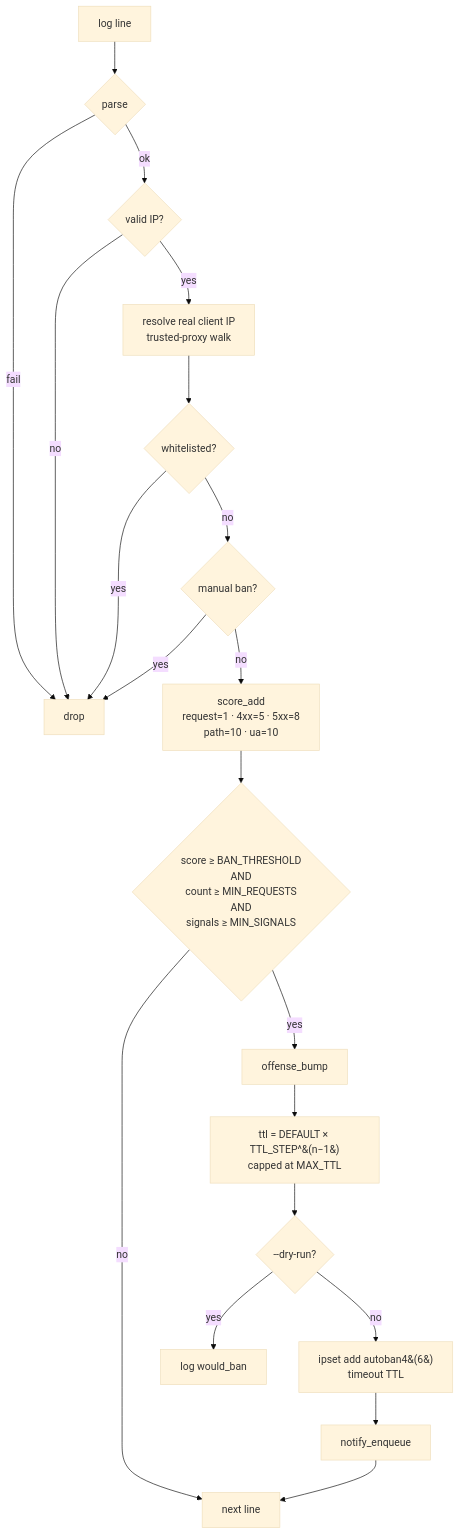
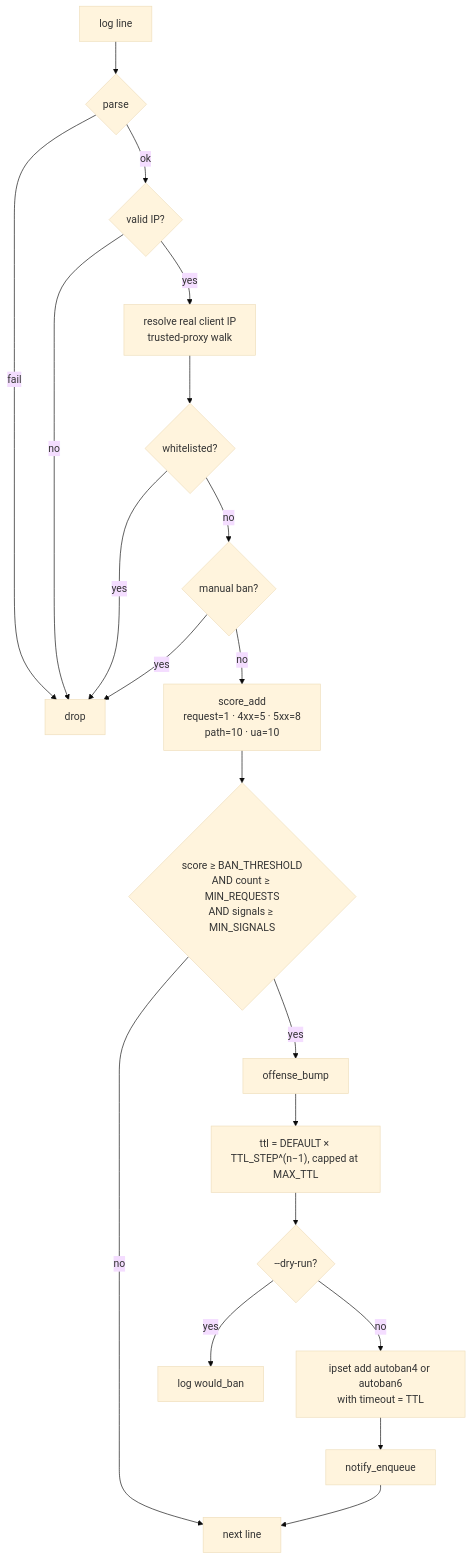
One commit to DoTMob/IP-GARBAGE-1st_ban changed the third of 3 diagrams in README.md. Above: the diagram before and after it, drawn with Mermaid (base theme). The commit also changed other lines of this file, not shown here.

Commit message:
Fix formatting of flowchart descriptions in README

````diff
--- a/README.md
+++ b/README.md
@@ -180,23 +180,23 @@
 ```mermaid
 flowchart TD
     L[log line] --> P{parse}
     P -- fail --> D[drop]
     P -- ok --> IP{valid IP?}
     IP -- no --> D
-    IP -- yes --> X[resolve real client IP<br/>trusted-proxy walk]
+    IP -- yes --> X["resolve real client IP<br/>trusted-proxy walk"]
     X --> W{whitelisted?}
     W -- yes --> D
     W -- no --> M{manual ban?}
     M -- yes --> D
-    M -- no --> SC[score_add<br/>request=1 · 4xx=5 · 5xx=8<br/>path=10 · ua=10]
+    M -- no --> SC["score_add<br/>request=1 · 4xx=5 · 5xx=8<br/>path=10 · ua=10"]
 
-    SC --> G{score ≥ BAN_THRESHOLD<br/>AND<br/>count ≥ MIN_REQUESTS<br/>AND<br/>signals ≥ MIN_SIGNALS}
+    SC --> G{"score ≥ BAN_THRESHOLD<br/>AND count ≥ MIN_REQUESTS<br/>AND signals ≥ MIN_SIGNALS"}
     G -- no --> NEXT[next line]
     G -- yes --> OFF[offense_bump]
-    OFF --> TTL[ttl = DEFAULT × TTL_STEP^&#40;n−1&#41;<br/>capped at MAX_TTL]
+    OFF --> TTL["ttl = DEFAULT × TTL_STEP^(n−1), capped at MAX_TTL"]
     TTL --> DRY{--dry-run?}
     DRY -- yes --> LOG1[log would_ban]
-    DRY -- no --> ADD[ipset add autoban4&#40;6&#41;<br/>timeout TTL]
+    DRY -- no --> ADD["ipset add autoban4 or autoban6<br/>with timeout = TTL"]
     ADD --> NQ[notify_enqueue]
     NQ --> NEXT
 ```
````
